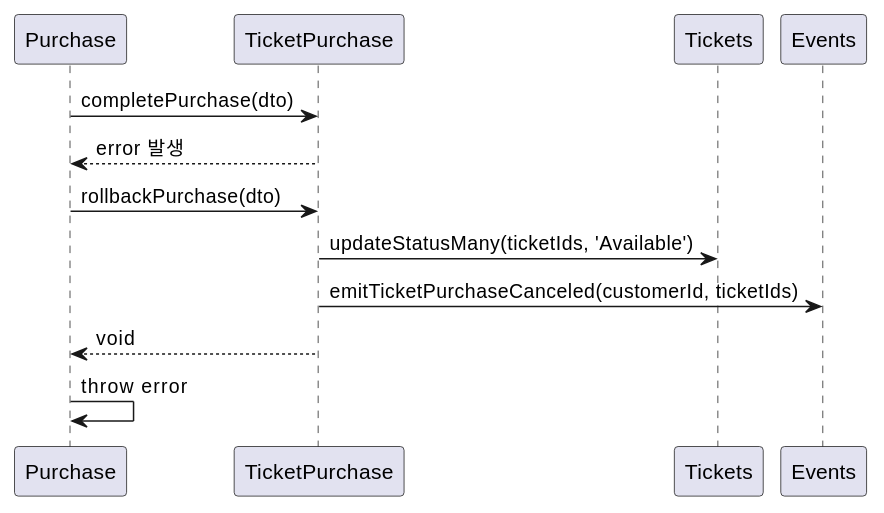
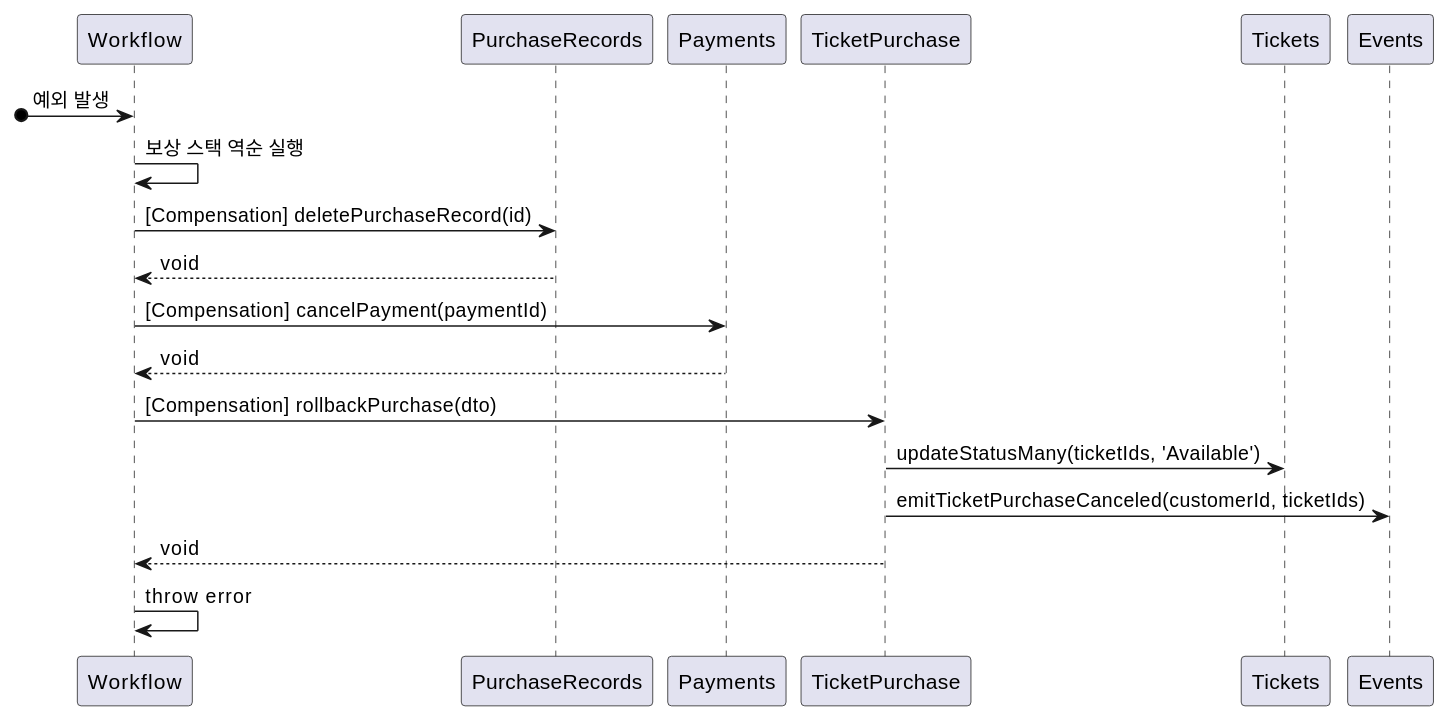
Before and after one commit to mannercode/nest-seed: the fifth of 5 diagrams in docs/designs/tickets-purchase.md, drawn with PlantUML. The commit also changed other lines of this file and 68 other files, not shown here.

````diff
--- a/docs/designs/tickets-purchase.md
+++ b/docs/designs/tickets-purchase.md
@@ -225,11 +233,17 @@
 ```plantuml
 @startuml
-Purchase -> TicketPurchase: completePurchase(dto)
-Purchase <-- TicketPurchase: error 발생
-Purchase -> TicketPurchase: rollbackPurchase(dto)
+[o-> Workflow: 예외 발생
+
+Workflow -> Workflow: 보상 스택 역순 실행
+    Workflow -> PurchaseRecords: [Compensation] deletePurchaseRecord(id)
+    Workflow <-- PurchaseRecords: void
+    Workflow -> Payments: [Compensation] cancelPayment(paymentId)
+    Workflow <-- Payments: void
+
+Workflow -> TicketPurchase: [Compensation] rollbackPurchase(dto)
     TicketPurchase -> Tickets: updateStatusMany(ticketIds, 'Available')
     TicketPurchase -> Events: emitTicketPurchaseCanceled(customerId, ticketIds)
-Purchase <-- TicketPurchase: void
-Purchase -> Purchase: throw error
+Workflow <-- TicketPurchase: void
+Workflow -> Workflow: throw error
 @enduml
 ```
````
